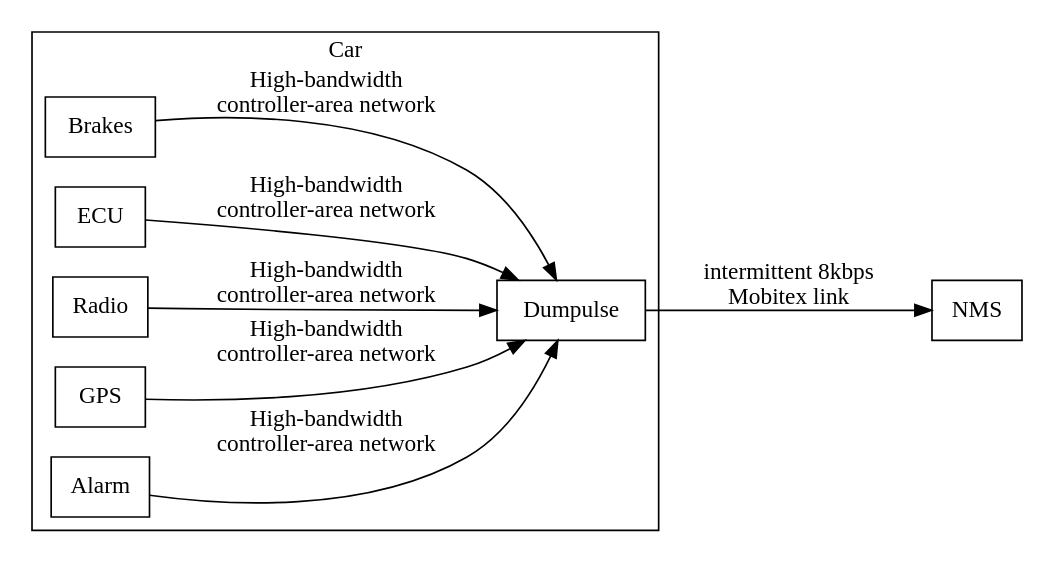
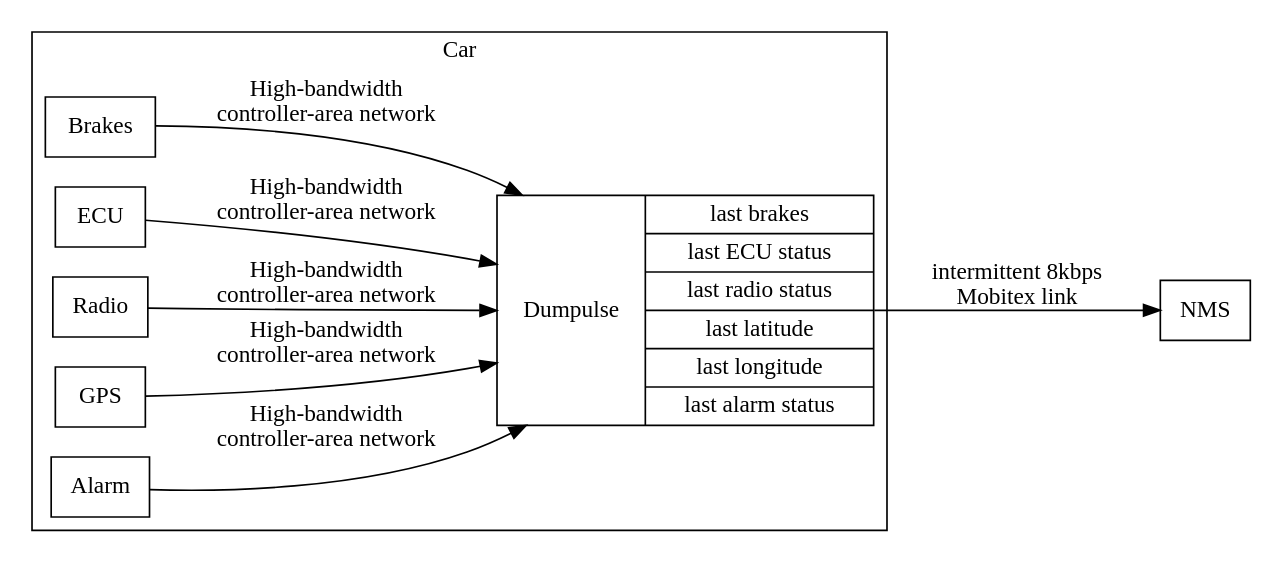
The diagram in diagram.dot (kragen/dumpulse), drawn with Graphviz before and after one commit. The commit also changed 2 other files, not shown here.

Commit message:
Enhance diagram further

```diff
--- a/diagram.dot
+++ b/diagram.dot
@@ -1,9 +1,11 @@
 digraph x {
         rankdir=LR
         node [shape=box];
+        Dumpulse [shape=record, label="{Dumpulse | {last brakes | last ECU status | last radio status | last latitude | last longitude | last alarm status}}"];
+        
         subgraph cluster_car {
                 label="Car";
                 { Brakes ECU Radio GPS Alarm } -> Dumpulse [label="High-bandwidth\ncontroller-area network"];
         }
         Dumpulse -> NMS [label="intermittent 8kbps\nMobitex link"];
 }
```
